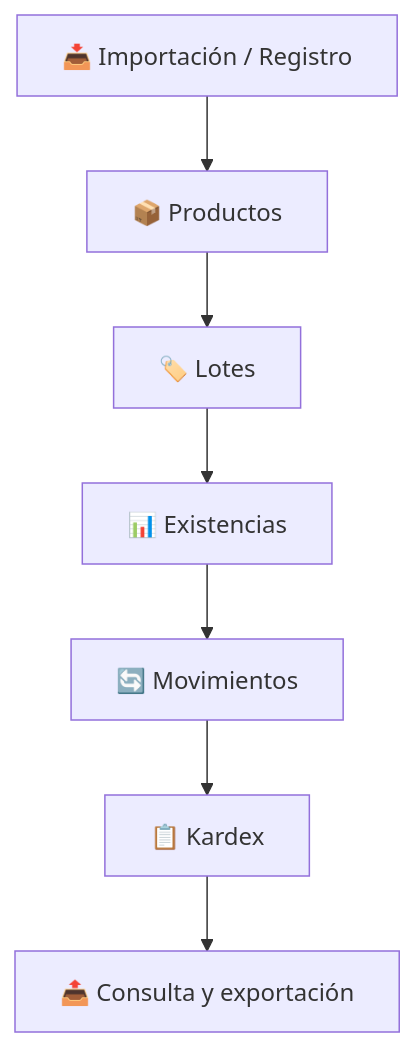
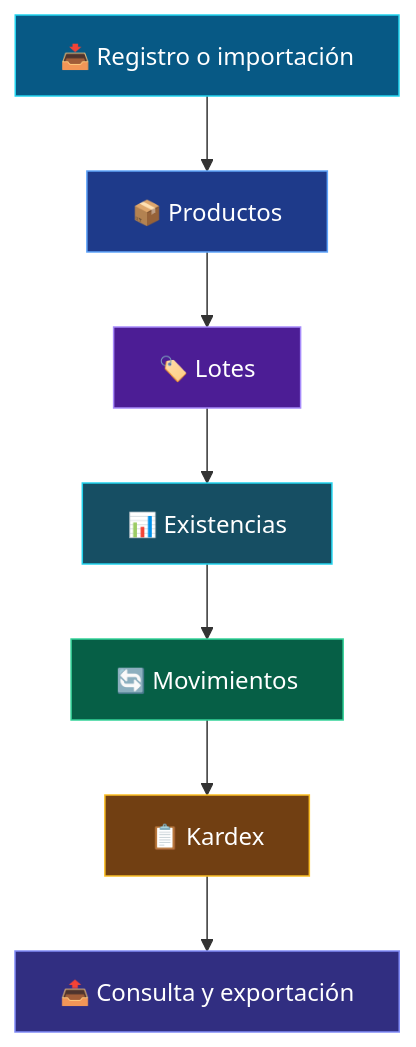
Before and after one commit to andremezabarriga314/Sistema_de_Almacenes: the first of 2 diagrams in README.md, drawn with Mermaid. The commit also changed other lines of this file, not shown here.

````diff
--- a/README.md
+++ b/README.md
@@ -58,9 +134,17 @@
 ```mermaid
 flowchart TD
- A["📥 Importación / Registro"] --> B["📦 Productos"]
- B --> C["🏷️ Lotes"]
- C --> D["📊 Existencias"]
- D --> E["🔄 Movimientos"]
- E --> F["📋 Kardex"]
- F --> G["📤 Consulta y exportación"]
+    A["📥 Registro o importación"] --> B["📦 Productos"]
+    B --> C["🏷️ Lotes"]
+    C --> D["📊 Existencias"]
+    D --> E["🔄 Movimientos"]
+    E --> F["📋 Kardex"]
+    F --> G["📤 Consulta y exportación"]
+
+    style A fill:#075985,color:#fff,stroke:#22d3ee
+    style B fill:#1e3a8a,color:#fff,stroke:#60a5fa
+    style C fill:#4c1d95,color:#fff,stroke:#a78bfa
+    style D fill:#164e63,color:#fff,stroke:#22d3ee
+    style E fill:#065f46,color:#fff,stroke:#34d399
+    style F fill:#713f12,color:#fff,stroke:#fbbf24
+    style G fill:#312e81,color:#fff,stroke:#818cf8
 ```
````
